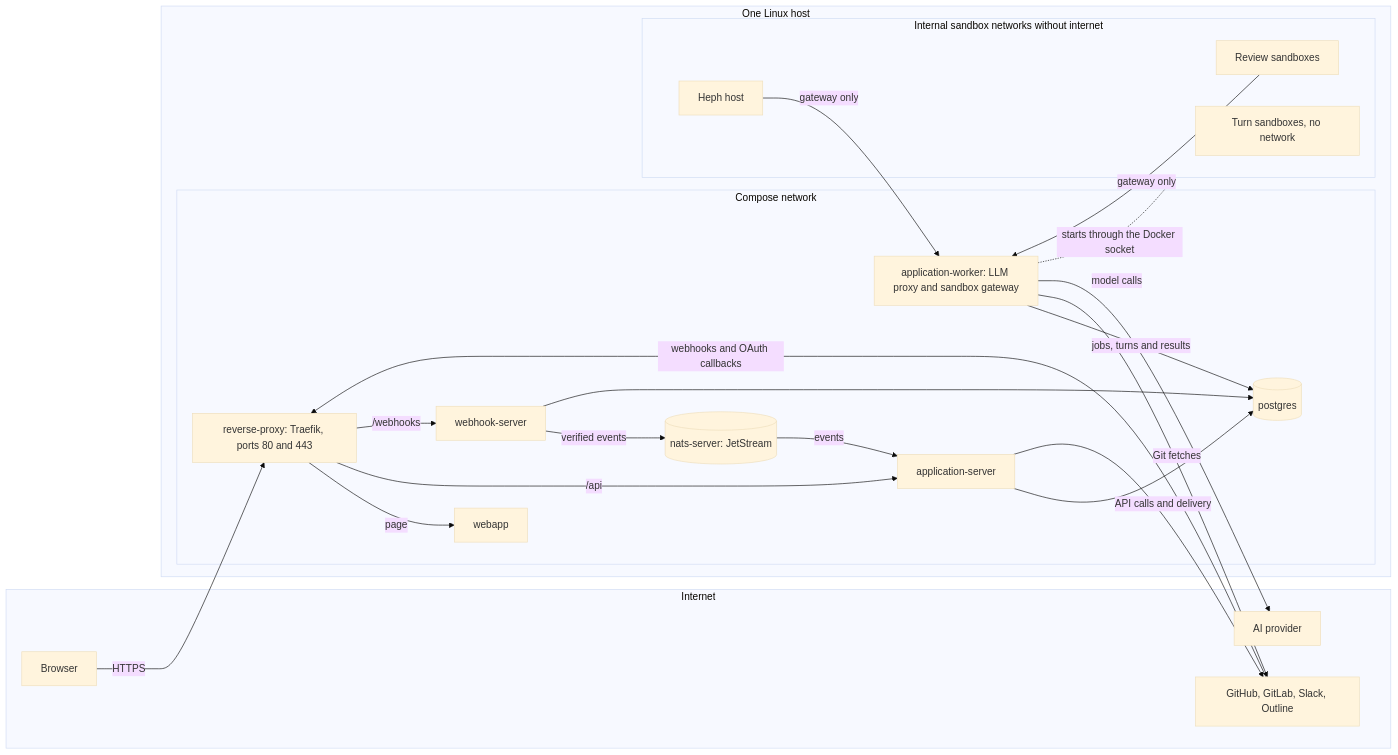
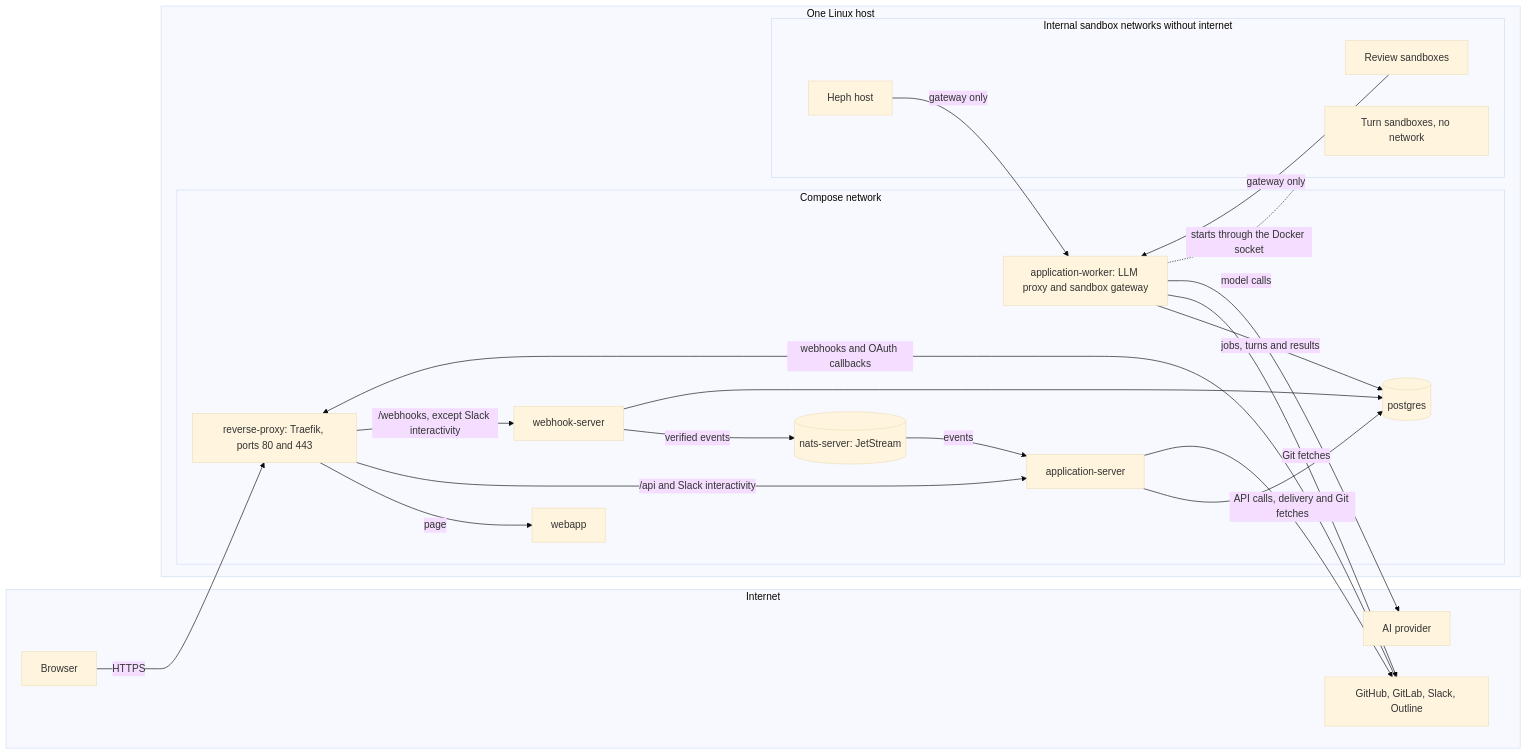
The diagram in docs/admin/overview.mdx (hephaestus-build/Hephaestus), drawn with Mermaid (base theme) before and after one commit. The commit also changed 1 other file, not shown here.

Commit message:
docs: name the Slack API base and the server's Git fetches in the egress list and diagram

````diff
--- a/docs/admin/overview.mdx
+++ b/docs/admin/overview.mdx
@@ -37,45 +37,45 @@
 ```mermaid
 flowchart LR
 accTitle: Self-hosted Hephaestus architecture and network
-accDescr: Browsers and provider webhooks reach the reverse proxy on ports 80 and 443, the only published ports. The proxy routes the page to the webapp, the API to the application server and webhooks to the webhook server. The webhook server publishes verified events to NATS, which the application server consumes. All three Java roles use PostgreSQL. The worker starts sandboxes on internal networks through the Docker socket. Review sandboxes and the Heph host reach only the sandbox gateway of the worker. Turn sandboxes have no network. The server and the worker call the providers, and the worker's LLM proxy calls the AI provider.
+accDescr: Browsers and provider webhooks reach the reverse proxy on ports 80 and 443, the only published ports. The proxy routes the page to the webapp, the API and Slack interactivity to the application server, and the other webhooks to the webhook server. The webhook server publishes verified events to NATS, which the application server consumes. All three Java roles use PostgreSQL. The worker starts sandboxes on internal networks through the Docker socket. Review sandboxes and the Heph host reach only the sandbox gateway of the worker. Turn sandboxes have no network. The server and the worker call the providers, and the worker's LLM proxy calls the AI provider.
 
   subgraph Internet[Internet]
     Browser[Browser]
     Providers[GitHub, GitLab, Slack, Outline]
     AiProvider[AI provider]
   end
 
   subgraph HostMachine[One Linux host]
     subgraph SharedNetwork[Compose network]
       ReverseProxy[reverse-proxy: Traefik, ports 80 and 443]
       Webapp[webapp]
       Server[application-server]
       WebhookServer[webhook-server]
       Worker[application-worker: LLM proxy and sandbox gateway]
       Nats[(nats-server: JetStream)]
       Postgres[(postgres)]
     end
     subgraph SandboxNetworks[Internal sandbox networks without internet]
       ReviewSandbox[Review sandboxes]
       HephHost[Heph host]
       TurnSandbox[Turn sandboxes, no network]
     end
   end
 
   Browser -->|HTTPS| ReverseProxy
   Providers -->|webhooks and OAuth callbacks| ReverseProxy
   ReverseProxy -->|page| Webapp
-  ReverseProxy -->|/api| Server
-  ReverseProxy -->|/webhooks| WebhookServer
+  ReverseProxy -->|/api and Slack interactivity| Server
+  ReverseProxy -->|/webhooks, except Slack interactivity| WebhookServer
   WebhookServer -->|verified events| Nats
   Nats -->|events| Server
   Server --> Postgres
   WebhookServer --> Postgres
   Worker -->|jobs, turns and results| Postgres
   Worker -.->|starts through the Docker socket| SandboxNetworks
   ReviewSandbox -->|gateway only| Worker
   HephHost -->|gateway only| Worker
-  Server -->|API calls and delivery| Providers
+  Server -->|API calls, delivery and Git fetches| Providers
   Worker -->|Git fetches| Providers
   Worker -->|model calls| AiProvider
 ```
````
